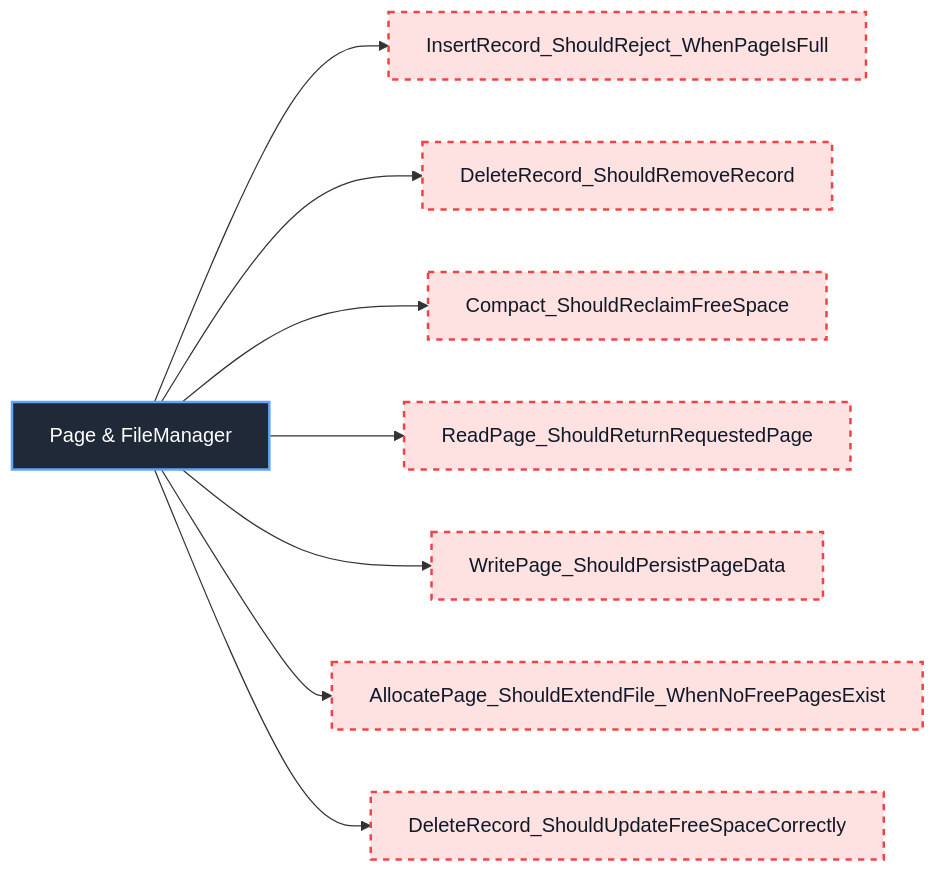
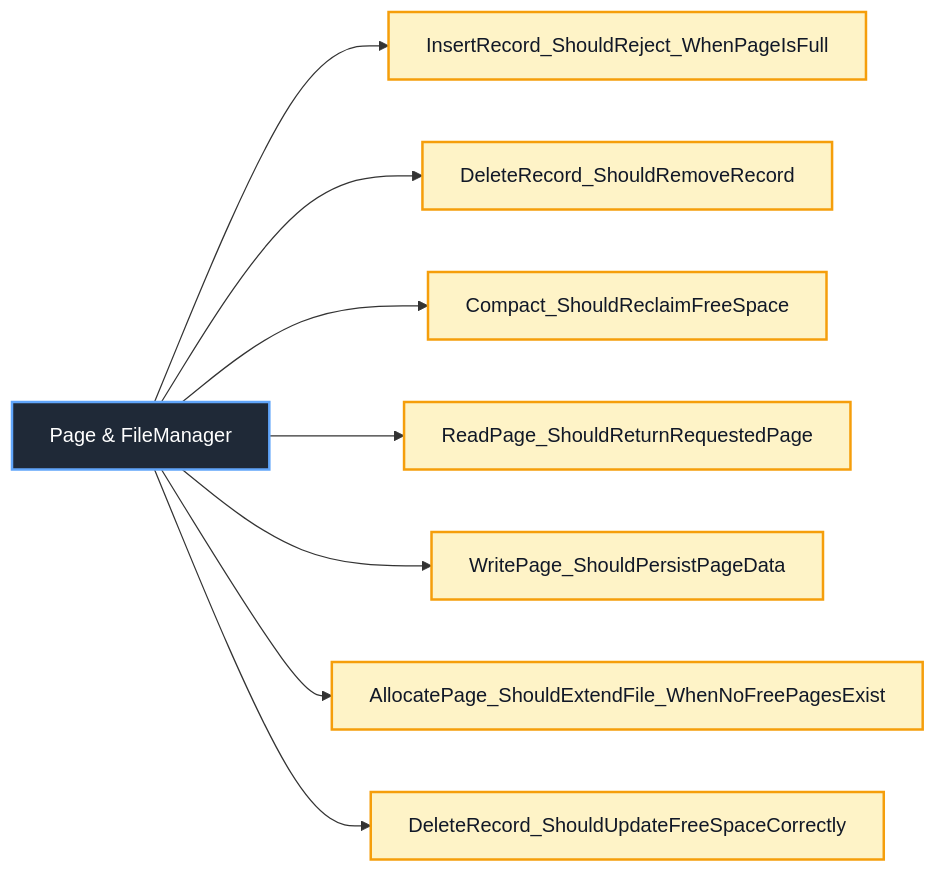
Diagram 28 of 53 in docs/sequence-diagrams/README.md (Hagiakhanh/bbv-dbms), drawn with Mermaid before and after one commit. The commit also changed other lines of this file and 30 other files, not shown here.

````diff
--- a/docs/sequence-diagrams/README.md
+++ b/docs/sequence-diagrams/README.md
@@ -1178,19 +1179,19 @@
 ```mermaid
 flowchart LR
     ClassNode["Page & FileManager"]
 
     ClassNode --> Page___FileManager_1["InsertRecord_ShouldReject_WhenPageIsFull"]
     ClassNode --> Page___FileManager_2["DeleteRecord_ShouldRemoveRecord"]
     ClassNode --> Page___FileManager_3["Compact_ShouldReclaimFreeSpace"]
     ClassNode --> Page___FileManager_4["ReadPage_ShouldReturnRequestedPage"]
     ClassNode --> Page___FileManager_5["WritePage_ShouldPersistPageData"]
     ClassNode --> Page___FileManager_6["AllocatePage_ShouldExtendFile_WhenNoFreePagesExist"]
     ClassNode --> Page___FileManager_7["DeleteRecord_ShouldUpdateFreeSpaceCorrectly"]
 
     classDef classNode fill:#1f2937,stroke:#60a5fa,color:#ffffff,stroke-width:2px
     classDef completedTest fill:#dcfce7,stroke:#22c55e,color:#111827,stroke-width:2px
-    classDef missingTest fill:#fee2e2,stroke:#ef4444,color:#111827,stroke-width:2px,stroke-dasharray:5 5
+    classDef redPhaseTest fill:#fef3c7,stroke:#f59e0b,color:#111827,stroke-width:2px
 
     class ClassNode classNode
-    class Page___FileManager_1,Page___FileManager_2,Page___FileManager_3,Page___FileManager_4,Page___FileManager_5,Page___FileManager_6,Page___FileManager_7 missingTest
+    class Page___FileManager_1,Page___FileManager_2,Page___FileManager_3,Page___FileManager_4,Page___FileManager_5,Page___FileManager_6,Page___FileManager_7 redPhaseTest
 ```
````
